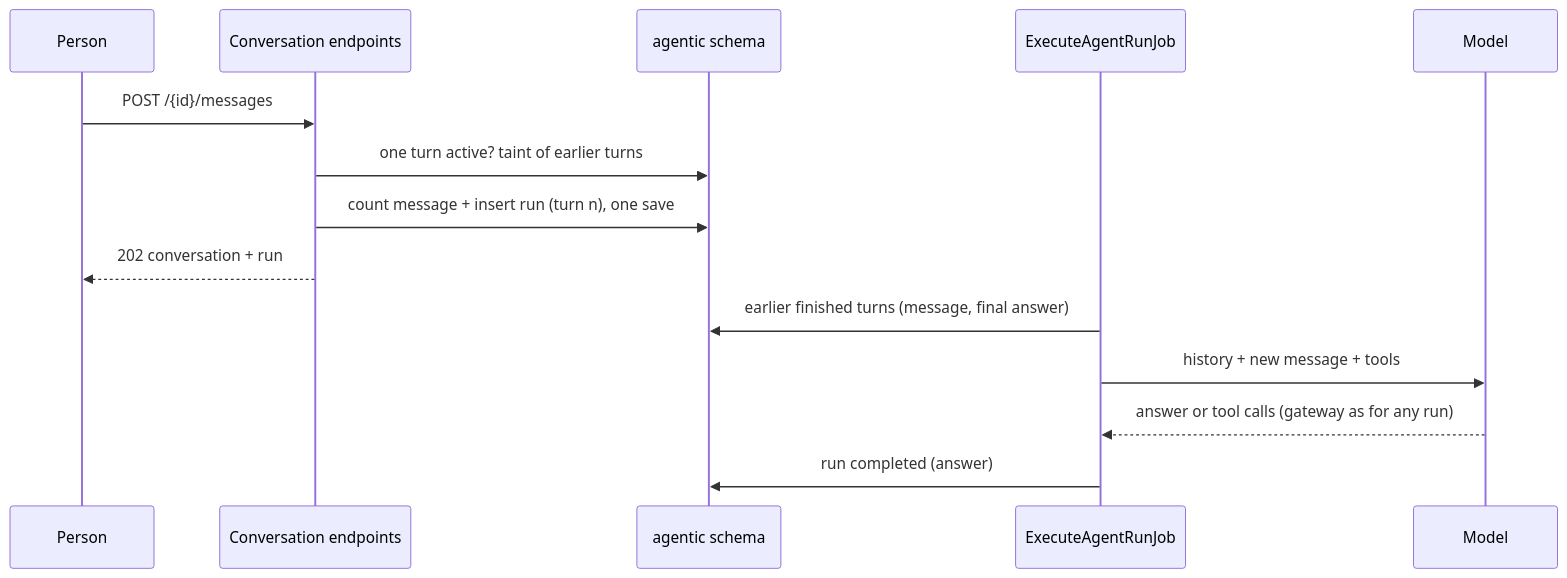
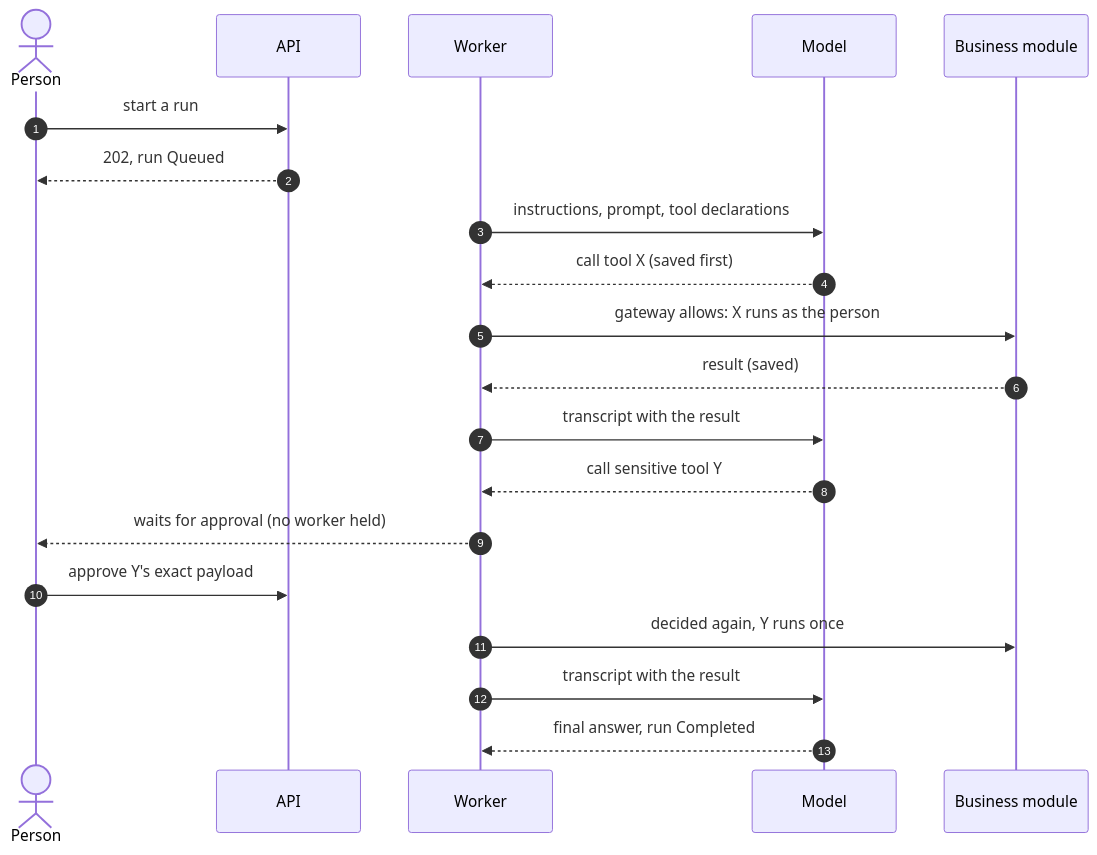
The second of 4 diagrams in wiki/Modules/Agentic.md (mhasabalah/StarterKit), drawn with Mermaid before and after one commit. The commit also changed other lines of this file and 31 other files, not shown here.

First line of the commit message:
docs(agentic): split the module page into a guide with a diagram for every part

````diff
--- a/wiki/Modules/Agentic.md
+++ b/wiki/Modules/Agentic.md
@@ -284,18 +89,24 @@
 ```mermaid
 sequenceDiagram
-  accTitle: A conversation turn
-  accDescr: Each message queues a run; the run is given the earlier turns' messages and answers before the new message.
-  participant U as Person
-  participant A as Conversation endpoints
-  participant DB as agentic schema
-  participant J as ExecuteAgentRunJob
+  accTitle: A run end to end
+  accDescr: A request queues a run; a worker loops over model turns and tool calls; a sensitive call waits for a person; the run completes.
+  autonumber
+  actor P as Person
+  participant A as API
+  participant W as Worker
   participant M as Model
-  U->>A: POST /{id}/messages
-  A->>DB: one turn active? taint of earlier turns
-  A->>DB: count message + insert run (turn n), one save
-  A-->>U: 202 conversation + run
-  J->>DB: earlier finished turns (message, final answer)
-  J->>M: history + new message + tools
-  M-->>J: answer or tool calls (gateway as for any run)
-  J->>DB: run completed (answer)
+  participant T as Business module
+  P->>A: start a run
+  A-->>P: 202, run Queued
+  W->>M: instructions, prompt, tool declarations
+  M-->>W: call tool X (saved first)
+  W->>T: gateway allows: X runs as the person
+  T-->>W: result (saved)
+  W->>M: transcript with the result
+  M-->>W: call sensitive tool Y
+  W-->>P: waits for approval (no worker held)
+  P->>A: approve Y's exact payload
+  W->>T: decided again, Y runs once
+  W->>M: transcript with the result
+  M-->>W: final answer, run Completed
 ```
````
